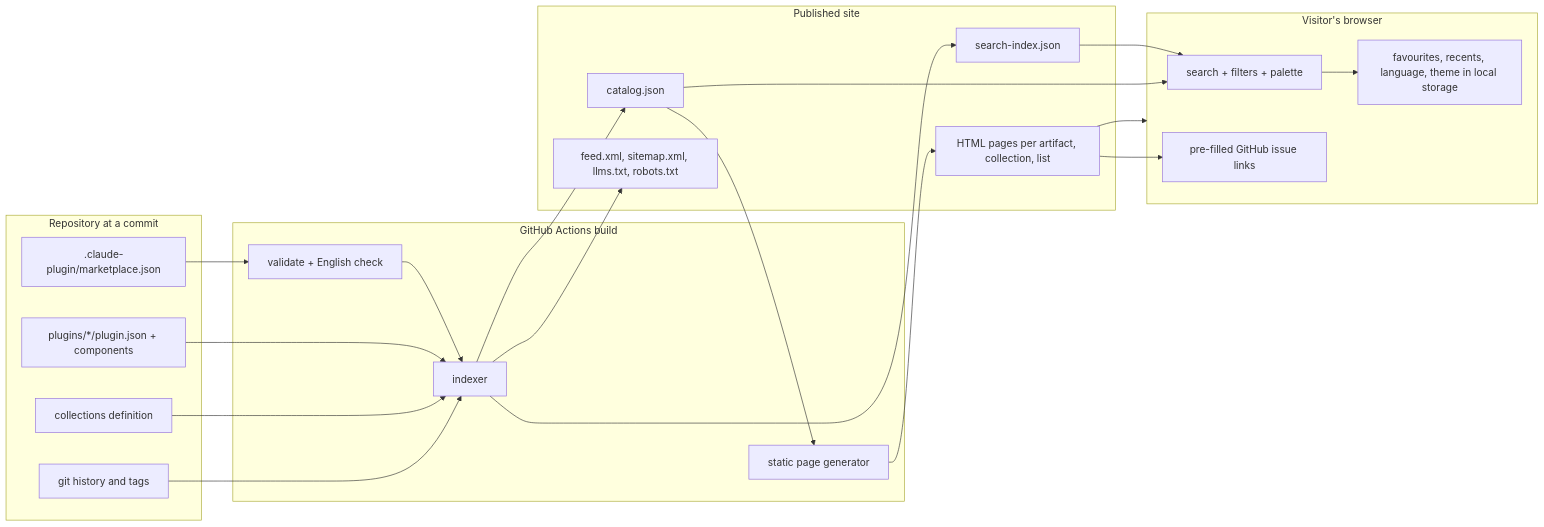
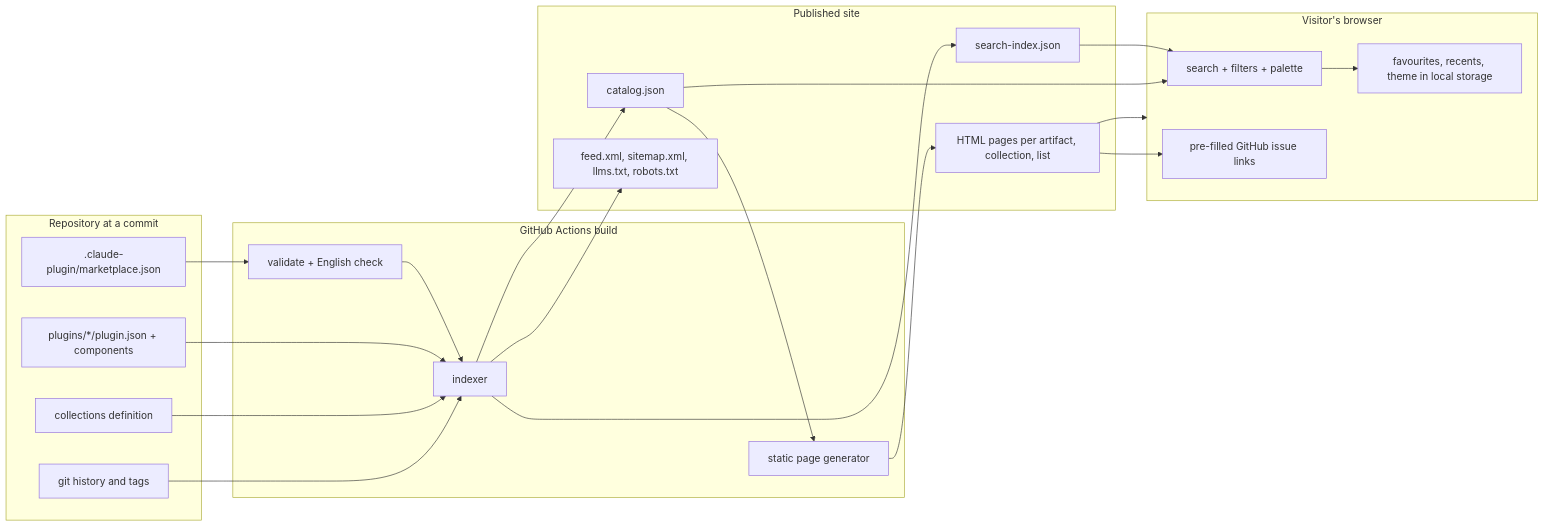
One commit to mcmaxwell/devdigest-plugins changed the first of 2 diagrams in docs/specs/S01-marketplace-site.md. Above: the diagram before and after it, drawn with Mermaid. The commit also changed other lines of this file and 129 other files, not shown here.

````diff
--- a/docs/specs/S01-marketplace-site.md
+++ b/docs/specs/S01-marketplace-site.md
@@ -69,37 +68,37 @@
 ```mermaid
 flowchart LR
   subgraph repo[Repository at a commit]
     MJ[.claude-plugin/marketplace.json]
     PL[plugins/*/plugin.json + components]
     COL[collections definition]
     GIT[git history and tags]
   end
   subgraph ci[GitHub Actions build]
     VAL[validate + English check]
     IDX[indexer]
     GEN[static page generator]
   end
   subgraph out[Published site]
     HTML[HTML pages per artifact, collection, list]
     CAT[catalog.json]
     SIX[search-index.json]
     FEED[feed.xml, sitemap.xml, llms.txt, robots.txt]
   end
   subgraph browser[Visitor's browser]
     SEARCH[search + filters + palette]
-    LOCAL[favourites, recents, language, theme in local storage]
+    LOCAL[favourites, recents, theme in local storage]
     ISSUES[pre-filled GitHub issue links]
   end
   MJ --> VAL --> IDX
   PL --> IDX
   COL --> IDX
   GIT --> IDX
   IDX --> CAT --> GEN --> HTML
   IDX --> SIX
   IDX --> FEED
   HTML --> browser
   SIX --> SEARCH
   CAT --> SEARCH
   SEARCH --> LOCAL
   HTML --> ISSUES
 ```
````
